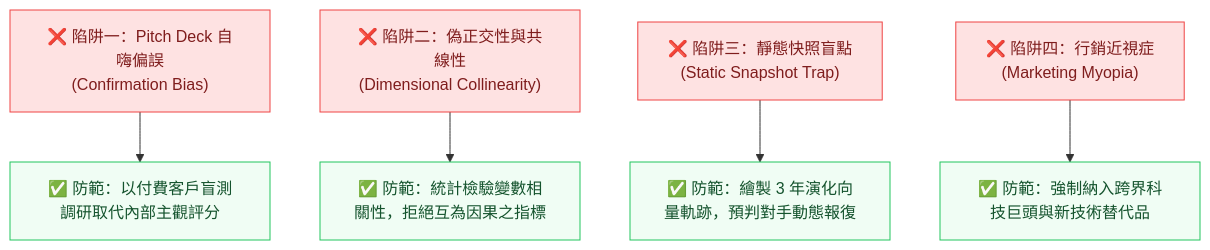
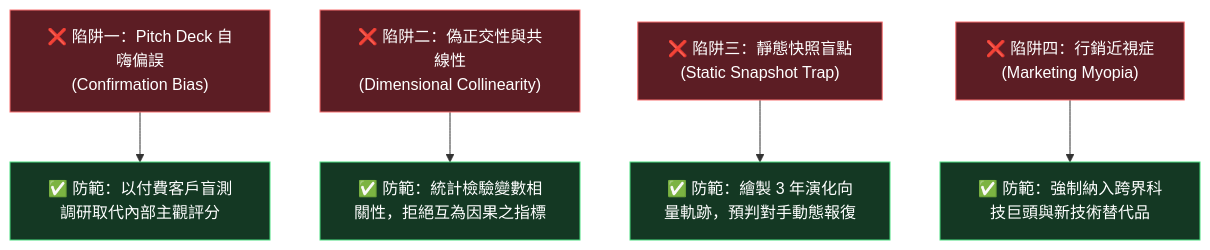
Before and after one commit to Jimlin0428/my-digital-garden: the eighth of 8 diagrams in src/site/notes/98_商業概念庫/competitive-matrix_競爭矩陣.md, drawn with Mermaid. The commit also changed other lines of this file and 58 other files, not shown here.

````diff
--- a/src/site/notes/98_商業概念庫/competitive-matrix_競爭矩陣.md
+++ b/src/site/notes/98_商業概念庫/competitive-matrix_競爭矩陣.md
@@ -340,16 +340,16 @@
 ```mermaid
 flowchart TD
     Pitfall1["❌ 陷阱一：Pitch Deck 自嗨偏誤<br>(Confirmation Bias)"] --> Sol1["✅ 防範：以付費客戶盲測調研取代內部主觀評分"]
     Pitfall2["❌ 陷阱二：偽正交性與共線性<br>(Dimensional Collinearity)"] --> Sol2["✅ 防範：統計檢驗變數相關性，拒絕互為因果之指標"]
     Pitfall3["❌ 陷阱三：靜態快照盲點<br>(Static Snapshot Trap)"] --> Sol3["✅ 防範：繪製 3 年演化向量軌跡，預判對手動態報復"]
     Pitfall4["❌ 陷阱四：行銷近視症<br>(Marketing Myopia)"] --> Sol4["✅ 防範：強制納入跨界科技巨頭與新技術替代品"]
 
-    style Pitfall1 fill:#fee2e2,stroke:#ef4444,stroke-width:1px,color:#7f1d1d
-    style Pitfall2 fill:#fee2e2,stroke:#ef4444,stroke-width:1px,color:#7f1d1d
-    style Pitfall3 fill:#fee2e2,stroke:#ef4444,stroke-width:1px,color:#7f1d1d
-    style Pitfall4 fill:#fee2e2,stroke:#ef4444,stroke-width:1px,color:#7f1d1d
-    style Sol1 fill:#f0fdf4,stroke:#22c55e,stroke-width:1px,color:#14532d
-    style Sol2 fill:#f0fdf4,stroke:#22c55e,stroke-width:1px,color:#14532d
-    style Sol3 fill:#f0fdf4,stroke:#22c55e,stroke-width:1px,color:#14532d
-    style Sol4 fill:#f0fdf4,stroke:#22c55e,stroke-width:1px,color:#14532d
+    style Pitfall1 fill:#5c1d24,stroke:#f87171,stroke-width:1px,color:#ffffff
+    style Pitfall2 fill:#5c1d24,stroke:#f87171,stroke-width:1px,color:#ffffff
+    style Pitfall3 fill:#5c1d24,stroke:#f87171,stroke-width:1px,color:#ffffff
+    style Pitfall4 fill:#5c1d24,stroke:#f87171,stroke-width:1px,color:#ffffff
+    style Sol1 fill:#143823,stroke:#4ade80,stroke-width:1px,color:#ffffff
+    style Sol2 fill:#143823,stroke:#4ade80,stroke-width:1px,color:#ffffff
+    style Sol3 fill:#143823,stroke:#4ade80,stroke-width:1px,color:#ffffff
+    style Sol4 fill:#143823,stroke:#4ade80,stroke-width:1px,color:#ffffff
 ```
````
